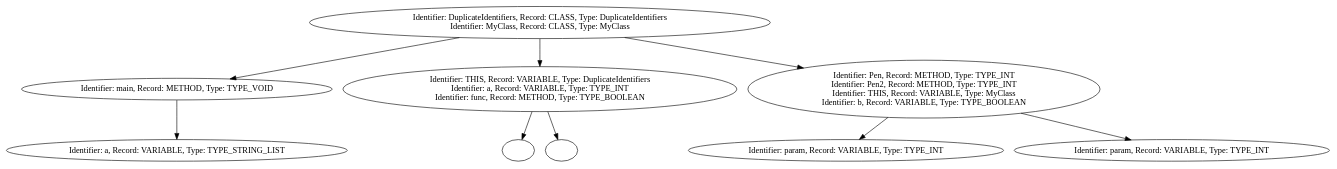
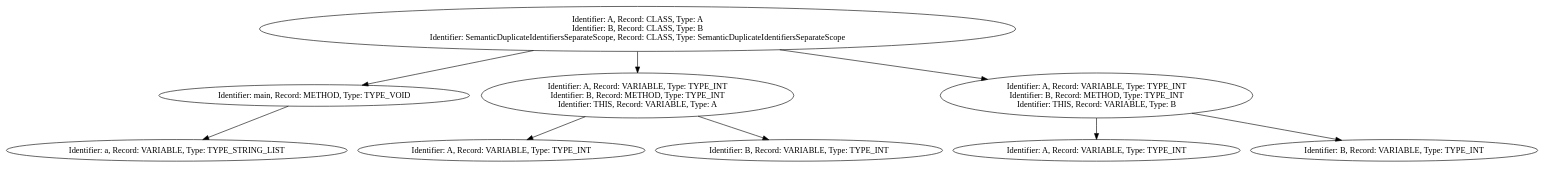
Before and after one commit to RealNexa/DV1655-compiler: the diagram in getting_started/table.dot, drawn with Graphviz. The commit also changed 7 other files, not shown here.

```diff
--- a/getting_started/table.dot
+++ b/getting_started/table.dot
@@ -1,19 +1,19 @@
 digraph {
-n0 [label="Identifier: DuplicateIdentifiers, Record: CLASS, Type: DuplicateIdentifiers\nIdentifier: MyClass, Record: CLASS, Type: MyClass\n"];
+n0 [label="Identifier: A, Record: CLASS, Type: A\nIdentifier: B, Record: CLASS, Type: B\nIdentifier: SemanticDuplicateIdentifiersSeparateScope, Record: CLASS, Type: SemanticDuplicateIdentifiersSeparateScope\n"];
 n1 [label="Identifier: main, Record: METHOD, Type: TYPE_VOID\n"];
 n2 [label="Identifier: a, Record: VARIABLE, Type: TYPE_STRING_LIST\n"];
 n1 -> n2
 n0 -> n1
-n3 [label="Identifier: THIS, Record: VARIABLE, Type: DuplicateIdentifiers\nIdentifier: a, Record: VARIABLE, Type: TYPE_INT\nIdentifier: func, Record: METHOD, Type: TYPE_BOOLEAN\n"];
-n4 [label=""];
+n3 [label="Identifier: A, Record: VARIABLE, Type: TYPE_INT\nIdentifier: B, Record: METHOD, Type: TYPE_INT\nIdentifier: THIS, Record: VARIABLE, Type: A\n"];
+n4 [label="Identifier: A, Record: VARIABLE, Type: TYPE_INT\n"];
 n3 -> n4
-n5 [label=""];
+n5 [label="Identifier: B, Record: VARIABLE, Type: TYPE_INT\n"];
 n3 -> n5
 n0 -> n3
-n6 [label="Identifier: Pen, Record: METHOD, Type: TYPE_INT\nIdentifier: Pen2, Record: METHOD, Type: TYPE_INT\nIdentifier: THIS, Record: VARIABLE, Type: MyClass\nIdentifier: b, Record: VARIABLE, Type: TYPE_BOOLEAN\n"];
-n7 [label="Identifier: param, Record: VARIABLE, Type: TYPE_INT\n"];
+n6 [label="Identifier: A, Record: VARIABLE, Type: TYPE_INT\nIdentifier: B, Record: METHOD, Type: TYPE_INT\nIdentifier: THIS, Record: VARIABLE, Type: B\n"];
+n7 [label="Identifier: A, Record: VARIABLE, Type: TYPE_INT\n"];
 n6 -> n7
-n8 [label="Identifier: param, Record: VARIABLE, Type: TYPE_INT\n"];
+n8 [label="Identifier: B, Record: VARIABLE, Type: TYPE_INT\n"];
 n6 -> n8
 n0 -> n6
 }
```
